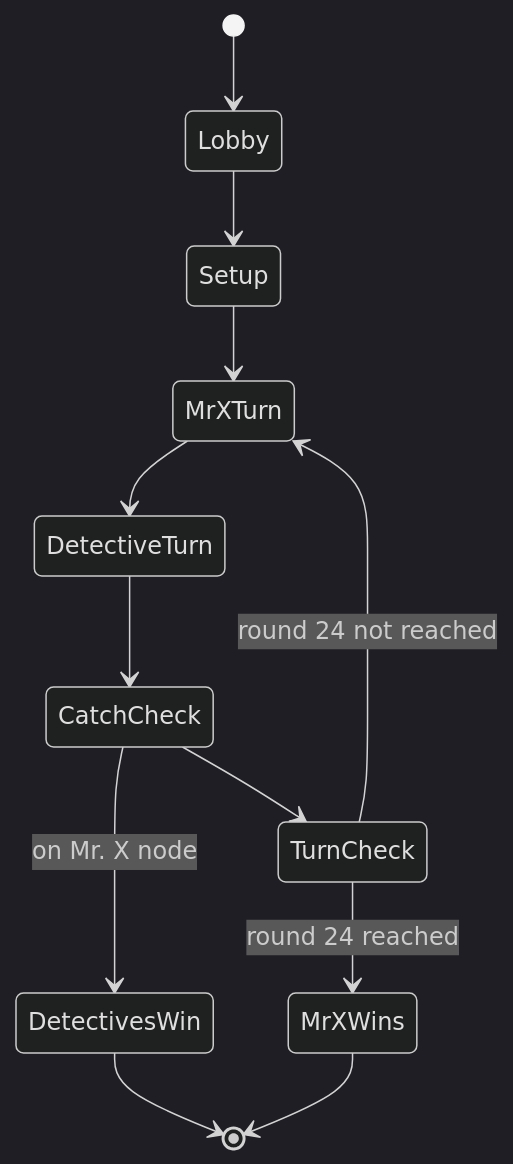
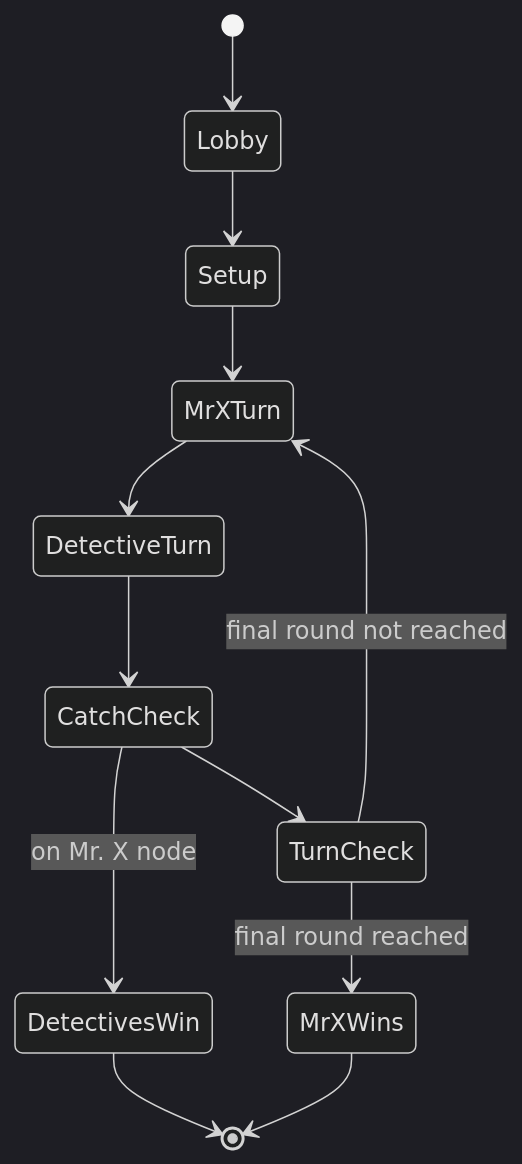
One commit to Ming-Bao/Scotland-Yard changed the first of 3 diagrams in documentation/plans/flowcharts.md. Above: the diagram before and after it, drawn with Mermaid (dark theme). The commit also changed other lines of this file, not shown here.

Commit message:
changed round 24 to final round in flowchart

````diff
--- a/documentation/plans/flowcharts.md
+++ b/documentation/plans/flowcharts.md
@@ -4,20 +4,20 @@
 ``` mermaid
 stateDiagram-v2
     direction TB
 
     [*] --> Lobby
     Lobby --> Setup
     Setup --> MrXTurn
 
 	MrXTurn --> DetectiveTurn
 	DetectiveTurn --> CatchCheck
 	
 	CatchCheck --> DetectivesWin : on Mr. X node
 	CatchCheck --> TurnCheck
     
-    TurnCheck --> MrXWins : round 24 reached
-    TurnCheck --> MrXTurn : round 24 not reached
+    TurnCheck --> MrXWins : final round reached
+    TurnCheck --> MrXTurn : final round not reached
 	
     DetectivesWin --> [*]
     MrXWins --> [*]
 ```
````
